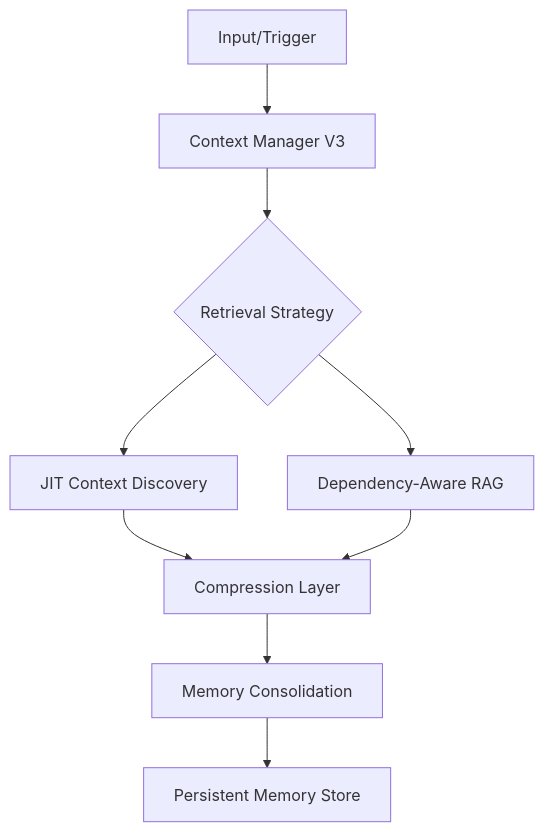
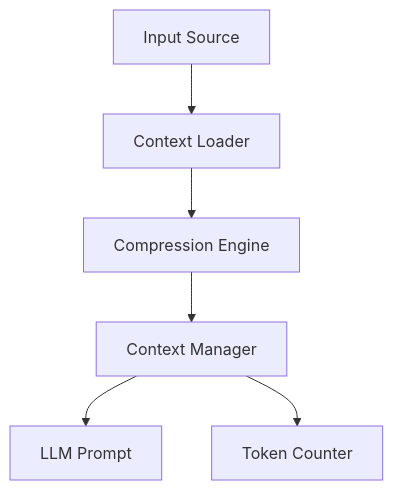
Before and after one commit to phuetz/code-buddy: the diagram in .codebuddy/docs/7-context-memory.md, drawn with Mermaid. The commit also changed other lines of this file and 15 other files, not shown here.

````diff
--- a/.codebuddy/docs/7-context-memory.md
+++ b/.codebuddy/docs/7-context-memory.md
@@ -5,10 +42,8 @@
 ```mermaid
 graph TD
-    A[Input/Trigger] --> B[Context Manager V3]
-    B --> C{Retrieval Strategy}
-    C --> D[JIT Context Discovery]
-    C --> E[Dependency-Aware RAG]
-    D & E --> F[Compression Layer]
-    F --> G[Memory Consolidation]
-    G --> H[Persistent Memory Store]
+    A[Input Source] --> B[Context Loader]
+    B --> C[Compression Engine]
+    C --> D[Context Manager]
+    D --> E[LLM Prompt]
+    D --> F[Token Counter]
 ```
````
